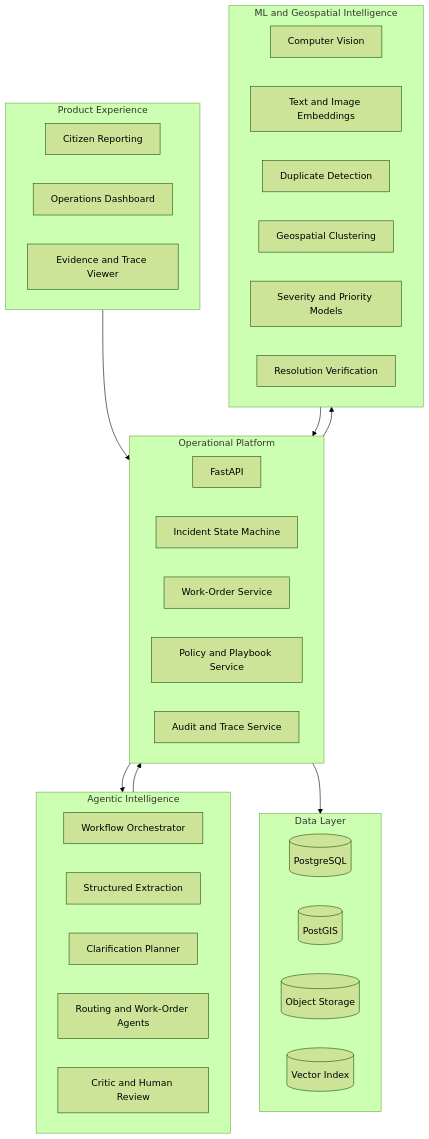
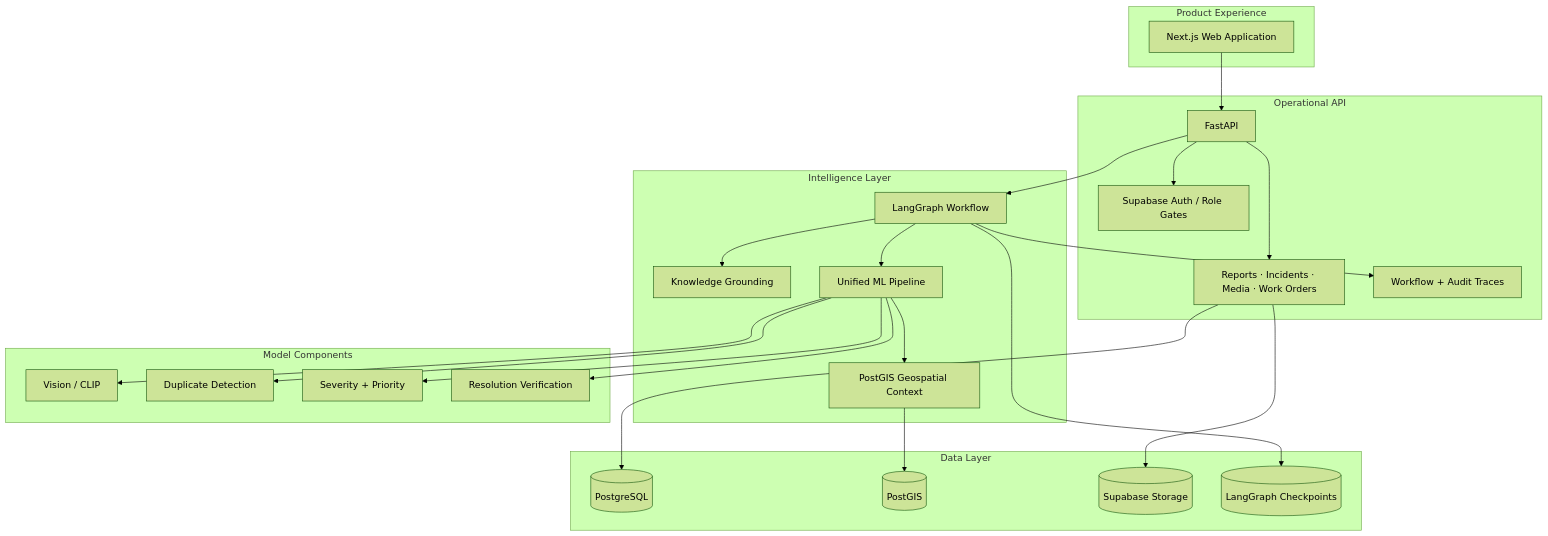
Before and after one commit to Dhruvg334/Civitas: the second of 2 diagrams in README.md, drawn with Mermaid (forest theme). The commit also changed other lines of this file and 19 other files, not shown here.

````diff
--- a/README.md
+++ b/README.md
@@ -280,47 +112,51 @@
 ```mermaid
 flowchart TB
     subgraph Experience[Product Experience]
-        W1[Citizen Reporting]
-        W2[Operations Dashboard]
-        W3[Evidence and Trace Viewer]
+        WEB[Next.js Web Application]
     end
 
-    subgraph Platform[Operational Platform]
-        A1[FastAPI]
-        A2[Incident State Machine]
-        A3[Work-Order Service]
-        A4[Policy and Playbook Service]
-        A5[Audit and Trace Service]
+    subgraph API[Operational API]
+        FAST[FastAPI]
+        AUTH[Supabase Auth / Role Gates]
+        OPS[Reports · Incidents · Media · Work Orders]
+        TRACE[Workflow + Audit Traces]
     end
 
-    subgraph Agents[Agentic Intelligence]
-        G1[Workflow Orchestrator]
-        G2[Structured Extraction]
-        G3[Clarification Planner]
-        G4[Routing and Work-Order Agents]
-        G5[Critic and Human Review]
+    subgraph Intelligence[Intelligence Layer]
+        GRAPH[LangGraph Workflow]
+        KNOW[Knowledge Grounding]
+        ML[Unified ML Pipeline]
+        GEO[PostGIS Geospatial Context]
     end
 
-    subgraph Models[ML and Geospatial Intelligence]
-        M1[Computer Vision]
-        M2[Text and Image Embeddings]
-        M3[Duplicate Detection]
-        M4[Geospatial Clustering]
-        M5[Severity and Priority Models]
-        M6[Resolution Verification]
+    subgraph Models[Model Components]
+        VISION[Vision / CLIP]
+        DUP[Duplicate Detection]
+        RISK[Severity + Priority]
+        RES[Resolution Verification]
     end
 
     subgraph Data[Data Layer]
-        D1[(PostgreSQL)]
-        D2[(PostGIS)]
-        D3[(Object Storage)]
-        D4[(Vector Index)]
+        PG[(PostgreSQL)]
+        GIS[(PostGIS)]
+        STORE[(Supabase Storage)]
+        CP[(LangGraph Checkpoints)]
     end
 
-    Experience --> Platform
-    Platform --> Agents
-    Platform --> Models
-    Agents --> Platform
-    Models --> Platform
-    Platform --> Data
+    WEB --> FAST
+    FAST --> AUTH
+    FAST --> OPS
+    FAST --> GRAPH
+    GRAPH --> KNOW
+    GRAPH --> ML
+    ML --> GEO
+    ML --> VISION
+    ML --> DUP
+    ML --> RISK
+    ML --> RES
+    OPS --> PG
+    GEO --> GIS
+    OPS --> STORE
+    GRAPH --> CP
+    GRAPH --> TRACE
 ```
````
